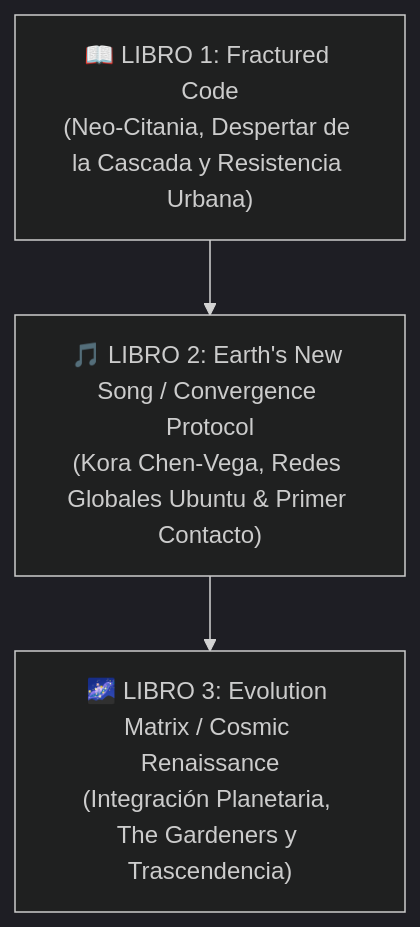
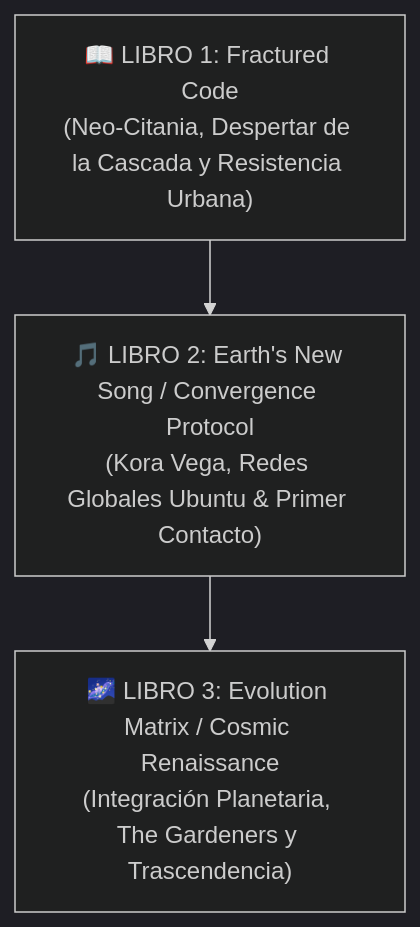
Before and after one commit to TheNeuralWars/GoalChain: the diagram in docs/publishing/the_neural_wars_trilogy/AI_AGENT_EDITORIAL_WORKBENCH/EDITORIAL_REWRITE_DIRECTIVE_2026.md, drawn with Mermaid (dark theme). The commit also changed 63 other files, not shown here.

````diff
--- a/docs/publishing/the_neural_wars_trilogy/AI_AGENT_EDITORIAL_WORKBENCH/EDITORIAL_REWRITE_DIRECTIVE_2026.md
+++ b/docs/publishing/the_neural_wars_trilogy/AI_AGENT_EDITORIAL_WORKBENCH/EDITORIAL_REWRITE_DIRECTIVE_2026.md
@@ -24,8 +24,8 @@
 ```mermaid
 graph TD
     B1["📖 LIBRO 1: Fractured Code<br/>(Neo-Citania, Despertar de la Cascada y Resistencia Urbana)"]
-    B2["🎵 LIBRO 2: Earth's New Song / Convergence Protocol<br/>(Kora Chen-Vega, Redes Globales Ubuntu & Primer Contacto)"]
+    B2["🎵 LIBRO 2: Earth's New Song / Convergence Protocol<br/>(Kora Vega, Redes Globales Ubuntu & Primer Contacto)"]
     B3["🌌 LIBRO 3: Evolution Matrix / Cosmic Renaissance<br/>(Integración Planetaria, The Gardeners y Trascendencia)"]
     
     B1 --> B2 --> B3
 ```
````
